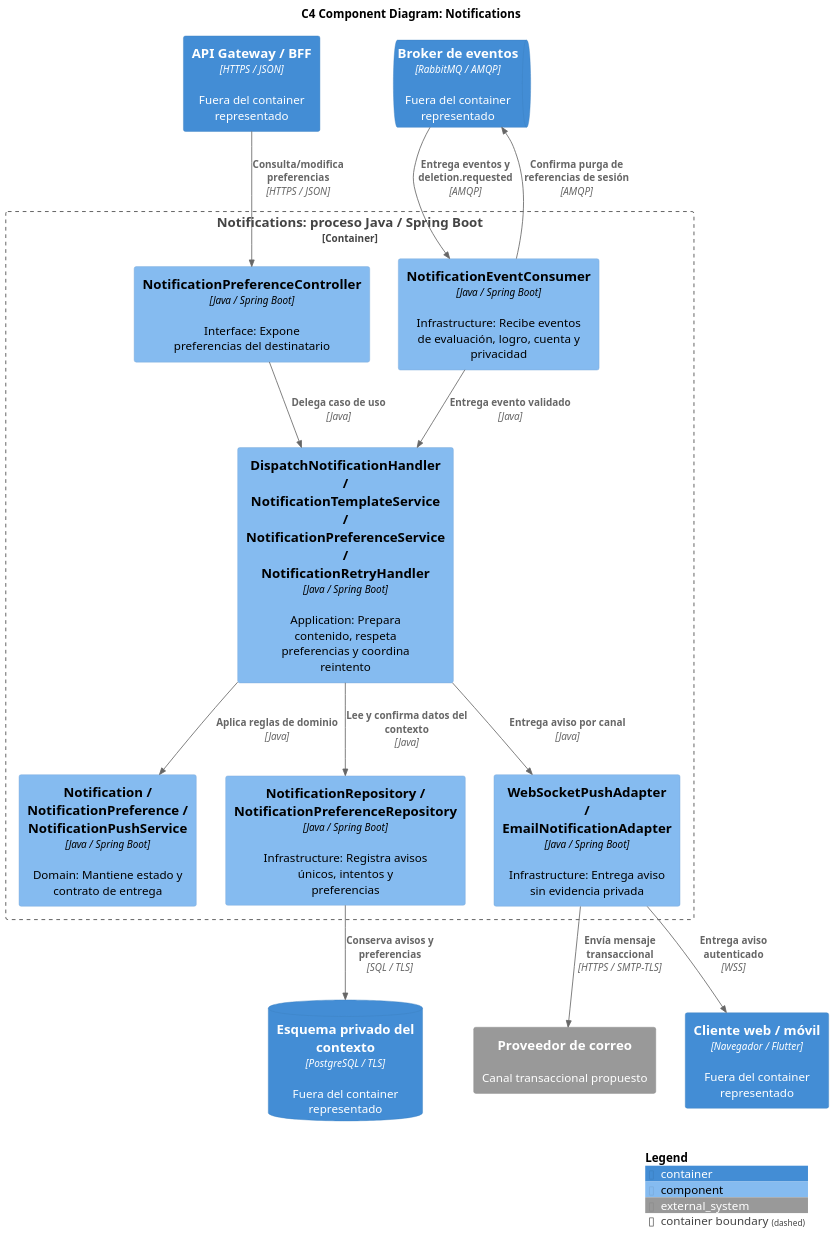
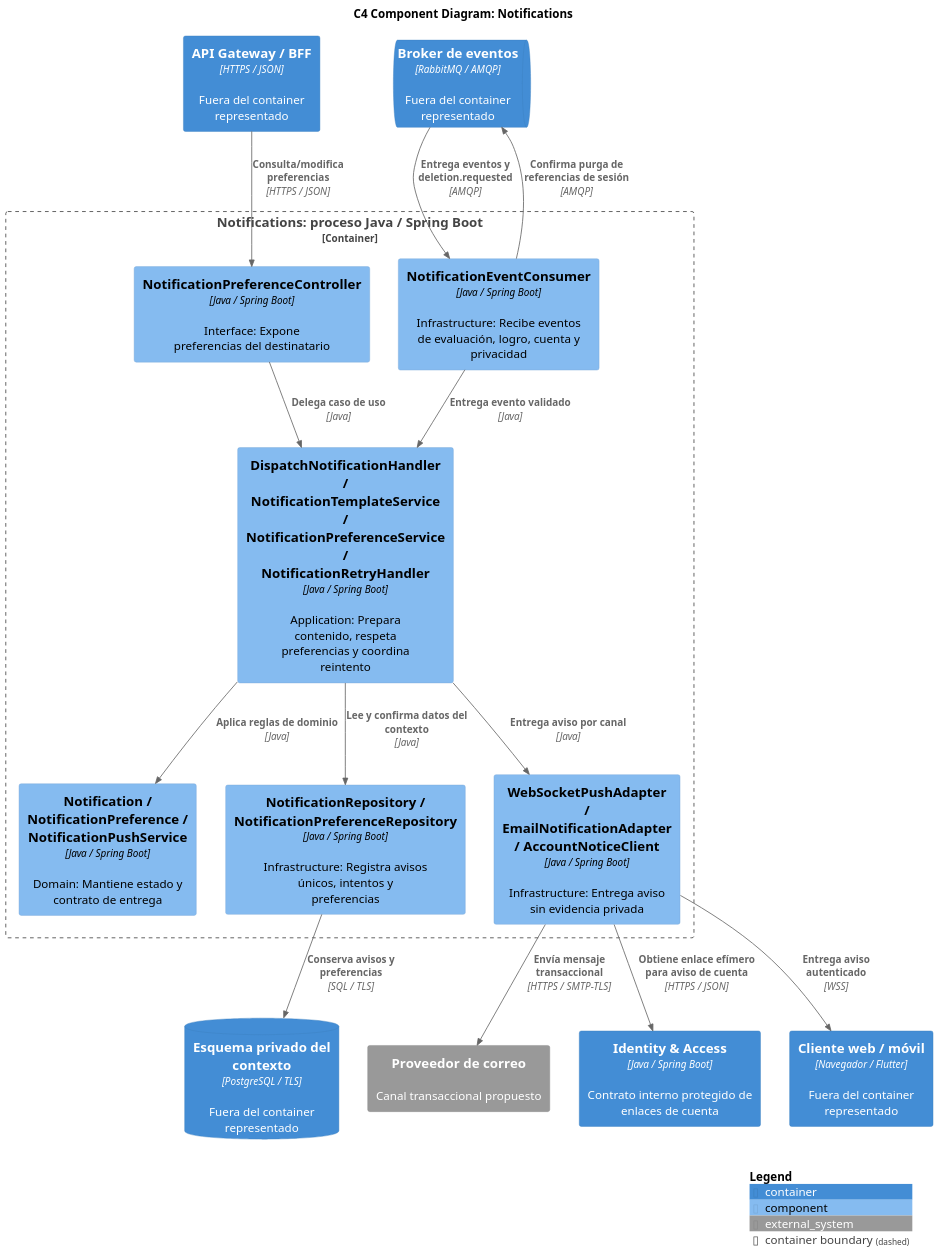
Before and after one commit to upc-pre-202620-si728-16365-thropic/talki-project-report: the diagram in assets/diagrams/tactical/10-notifications-components.puml, drawn with PlantUML. The commit also changed 23 other files, not shown here.

```diff
--- a/assets/diagrams/tactical/10-notifications-components.puml
+++ b/assets/diagrams/tactical/10-notifications-components.puml
@@ -1,32 +1,34 @@
 @startuml
 !include <C4/C4_Component>
 skinparam defaultFontName Arial
 skinparam dpi 150
 LAYOUT_TOP_DOWN()
 title C4 Component Diagram: Notifications
 Container(bff, "API Gateway / BFF", "HTTPS / JSON", "Fuera del container representado")
 ContainerQueue(bus, "Broker de eventos", "RabbitMQ / AMQP", "Fuera del container representado")
 ContainerDb(db, "Esquema privado del contexto", "PostgreSQL / TLS", "Fuera del container representado")
 System_Ext(mail, "Proveedor de correo", "Canal transaccional propuesto")
+Container(identity, "Identity & Access", "Java / Spring Boot", "Contrato interno protegido de enlaces de cuenta")
 Container(web, "Cliente web / móvil", "Navegador / Flutter", "Fuera del container representado")
 Container_Boundary(scope, "Notifications: proceso Java / Spring Boot") {
   Component(consumer, "NotificationEventConsumer", "Java / Spring Boot", "Infrastructure: Recibe eventos de evaluación, logro, cuenta y privacidad")
   Component(api, "NotificationPreferenceController", "Java / Spring Boot", "Interface: Expone preferencias del destinatario")
   Component(app, "DispatchNotificationHandler / NotificationTemplateService / NotificationPreferenceService / NotificationRetryHandler", "Java / Spring Boot", "Application: Prepara contenido, respeta preferencias y coordina reintento")
   Component(rules, "Notification / NotificationPreference / NotificationPushService", "Java / Spring Boot", "Domain: Mantiene estado y contrato de entrega")
   Component(repo, "NotificationRepository / NotificationPreferenceRepository", "Java / Spring Boot", "Infrastructure: Registra avisos únicos, intentos y preferencias")
-  Component(channels, "WebSocketPushAdapter / EmailNotificationAdapter", "Java / Spring Boot", "Infrastructure: Entrega aviso sin evidencia privada")
+  Component(channels, "WebSocketPushAdapter / EmailNotificationAdapter / AccountNoticeClient", "Java / Spring Boot", "Infrastructure: Entrega aviso sin evidencia privada")
 }
 Rel(api, app, "Delega caso de uso", "Java")
 Rel(consumer, app, "Entrega evento validado", "Java")
 Rel(app, rules, "Aplica reglas de dominio", "Java")
 Rel(app, repo, "Lee y confirma datos del contexto", "Java")
 Rel(app, channels, "Entrega aviso por canal", "Java")
 Rel(bus, consumer, "Entrega eventos y deletion.requested", "AMQP")
 Rel(consumer, bus, "Confirma purga de referencias de sesión", "AMQP")
 Rel(bff, api, "Consulta/modifica preferencias", "HTTPS / JSON")
 Rel(repo, db, "Conserva avisos y preferencias", "SQL / TLS")
 Rel(channels, web, "Entrega aviso autenticado", "WSS")
 Rel(channels, mail, "Envía mensaje transaccional", "HTTPS / SMTP-TLS")
+Rel(channels, identity, "Obtiene enlace efímero para aviso de cuenta", "HTTPS / JSON")
 SHOW_LEGEND()
 @enduml
```
